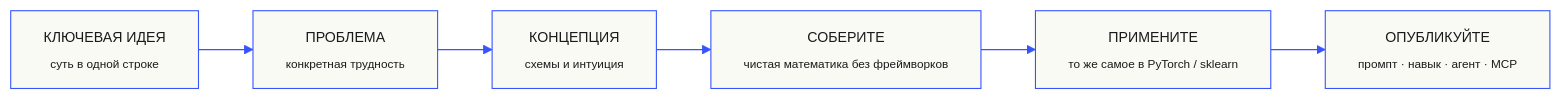
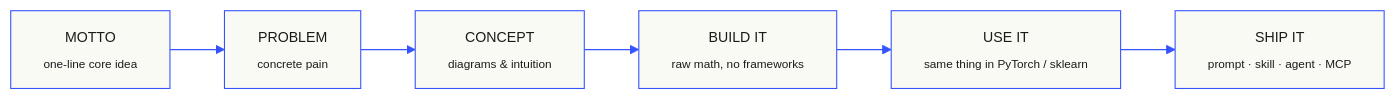
The second of 2 diagrams in i18n/ru/README.md (AshfaqAIML/ai-engineering-from-scratch), drawn with Mermaid before and after one commit. The commit also changed other lines of this file and 12 other files, not shown here.

````diff
--- a/i18n/ru/README.md
+++ b/i18n/ru/README.md
@@ -1133,9 +224,9 @@
 ```mermaid
 %%{init: {'theme':'base','themeVariables':{'primaryColor':'#fafaf5','primaryTextColor':'#1a1a1a','primaryBorderColor':'#3553ff','lineColor':'#3553ff','fontFamily':'JetBrains Mono','fontSize':'13px'}}}%%
 flowchart LR
-  M["КЛЮЧЕВАЯ ИДЕЯ<br/><sub>суть в одной строке</sub>"] --> Pr["ПРОБЛЕМА<br/><sub>конкретная трудность</sub>"]
-  Pr --> C["КОНЦЕПЦИЯ<br/><sub>схемы и интуиция</sub>"]
-  C --> B["СОБЕРИТЕ<br/><sub>чистая математика без фреймворков</sub>"]
-  B --> U["ПРИМЕНИТЕ<br/><sub>то же самое в PyTorch / sklearn</sub>"]
-  U --> S["ОПУБЛИКУЙТЕ<br/><sub>промпт · навык · агент · MCP</sub>"]
+  M["MOTTO<br/><sub>one-line core idea</sub>"] --> Pr["PROBLEM<br/><sub>concrete pain</sub>"]
+  Pr --> C["CONCEPT<br/><sub>diagrams &amp; intuition</sub>"]
+  C --> B["BUILD IT<br/><sub>raw math, no frameworks</sub>"]
+  B --> U["USE IT<br/><sub>same thing in PyTorch / sklearn</sub>"]
+  U --> S["SHIP IT<br/><sub>prompt · skill · agent · MCP</sub>"]
 ```
````
